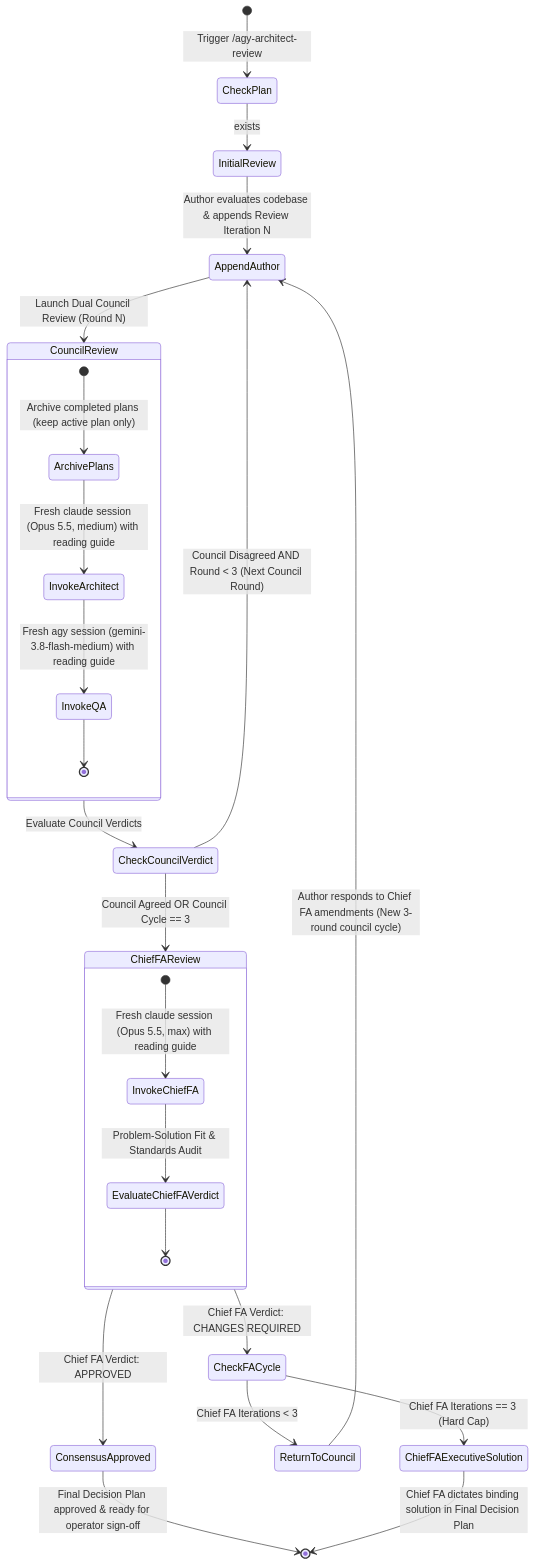
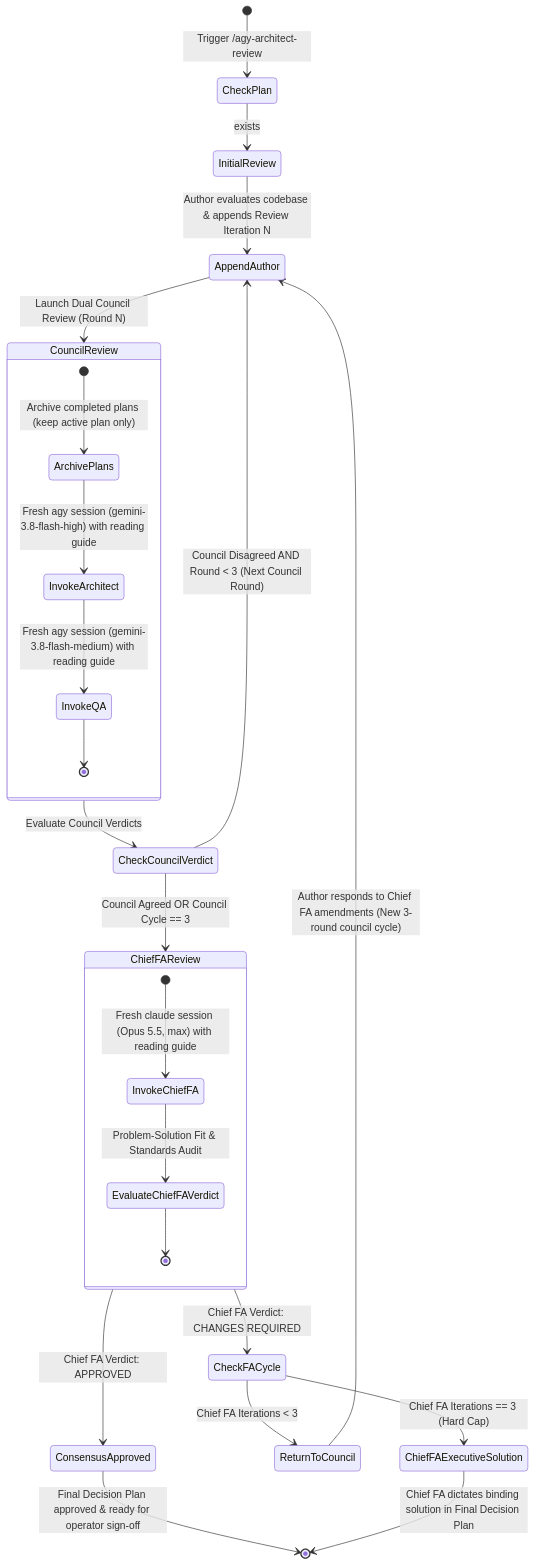
One commit to AntaresAndBharani/graph-engineering changed the diagram in skills/agy-architect-review/SKILL.md. Above: the diagram before and after it, drawn with Mermaid. The commit also changed other lines of this file and 4 other files, not shown here.

Commit message:
feat(skills): update system architect to gemini-3.8-flash-high in agy-architect-review (#209)

````diff
--- a/skills/agy-architect-review/SKILL.md
+++ b/skills/agy-architect-review/SKILL.md
@@ -70,35 +70,35 @@
 ```mermaid
 stateDiagram-v2
     [*] --> CheckPlan: Trigger /agy-architect-review
     CheckPlan --> InitialReview: <PLAN> exists
     InitialReview --> AppendAuthor: Author evaluates codebase & appends Review Iteration N
 
     AppendAuthor --> CouncilReview: Launch Dual Council Review (Round N)
     state CouncilReview {
         [*] --> ArchivePlans: Archive completed plans (keep active plan only)
-        ArchivePlans --> InvokeArchitect: Fresh claude session (Opus 5.5, medium) with reading guide
+        ArchivePlans --> InvokeArchitect: Fresh agy session (gemini-3.8-flash-high) with reading guide
         InvokeArchitect --> InvokeQA: Fresh agy session (gemini-3.8-flash-medium) with reading guide
         InvokeQA --> [*]
     }
 
     CouncilReview --> CheckCouncilVerdict: Evaluate Council Verdicts
 
     CheckCouncilVerdict --> ChiefFAReview: Council Agreed OR Council Cycle == 3
     CheckCouncilVerdict --> AppendAuthor: Council Disagreed AND Round < 3 (Next Council Round)
 
     state ChiefFAReview {
         [*] --> InvokeChiefFA: Fresh claude session (Opus 5.5, max) with reading guide
         InvokeChiefFA --> EvaluateChiefFAVerdict: Problem-Solution Fit & Standards Audit
         EvaluateChiefFAVerdict --> [*]
     }
 
     ChiefFAReview --> ConsensusApproved: Chief FA Verdict: APPROVED
     ConsensusApproved --> [*]: Final Decision Plan approved & ready for operator sign-off
 
     ChiefFAReview --> CheckFACycle: Chief FA Verdict: CHANGES REQUIRED
     CheckFACycle --> ReturnToCouncil: Chief FA Iterations < 3
     ReturnToCouncil --> AppendAuthor: Author responds to Chief FA amendments (New 3-round council cycle)
 
     CheckFACycle --> ChiefFAExecutiveSolution: Chief FA Iterations == 3 (Hard Cap)
     ChiefFAExecutiveSolution --> [*]: Chief FA dictates binding solution in Final Decision Plan
 ```
````
